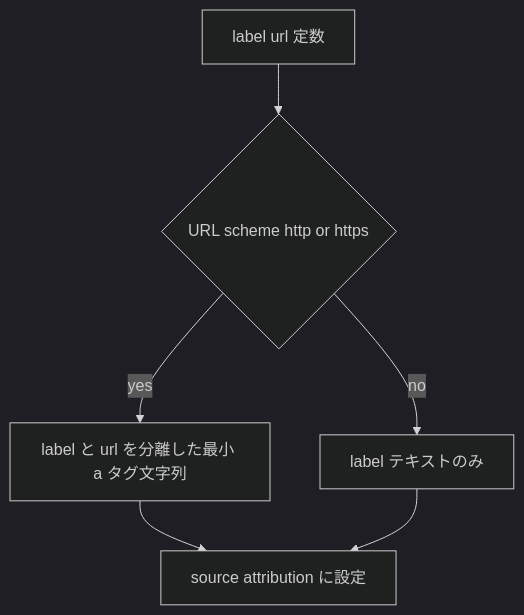
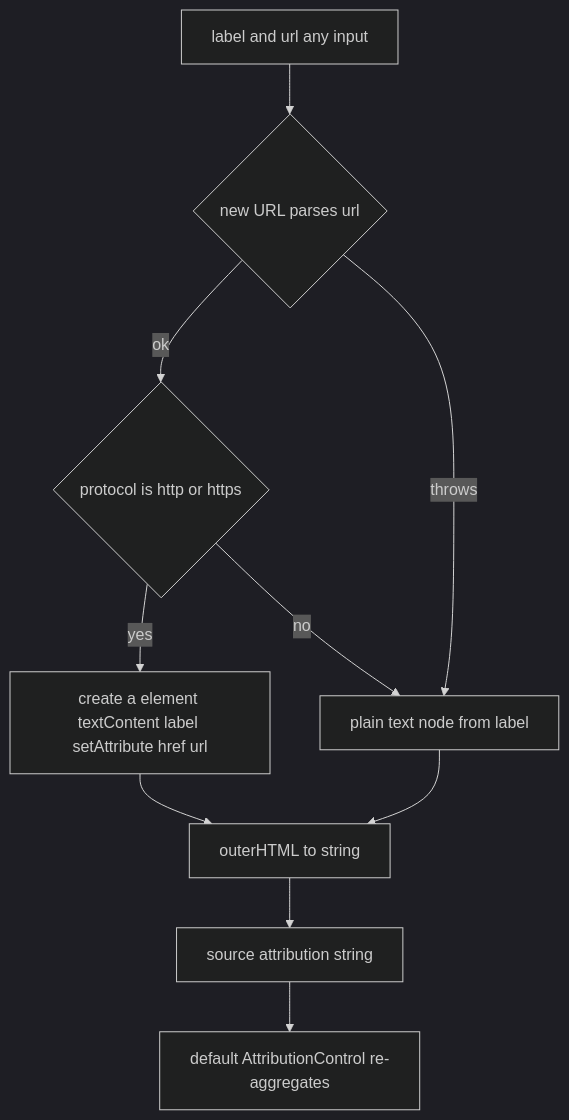
One commit to miyato1122/sdd-framework-test changed the fourth of 5 diagrams in .kiro/specs/basemap-switcher/design.md. Above: the diagram before and after it, drawn with Mermaid (dark theme). The commit also changed other lines of this file and 4 other files, not shown here.

````diff
--- a/.kiro/specs/basemap-switcher/design.md
+++ b/.kiro/specs/basemap-switcher/design.md
@@ -142,8 +233,12 @@
 ```mermaid
 graph TB
-    Meta[label url 定数] --> Check{URL scheme http or https}
-    Check -- yes --> Anchor[label と url を分離した最小 a タグ文字列]
-    Check -- no --> LabelOnly[label テキストのみ]
-    Anchor --> SourceAttr[source attribution に設定]
-    LabelOnly --> SourceAttr
+    Input[label and url any input] --> Parse{new URL parses url}
+    Parse -- ok --> Scheme{protocol is http or https}
+    Parse -- throws --> LabelOnly
+    Scheme -- yes --> Build[create a element textContent label setAttribute href url]
+    Scheme -- no --> LabelOnly[plain text node from label]
+    Build --> Serialize[outerHTML to string]
+    LabelOnly --> Serialize
+    Serialize --> SourceAttr[source attribution string]
+    SourceAttr --> AttrCtrl[default AttributionControl re-aggregates]
 ```
````
